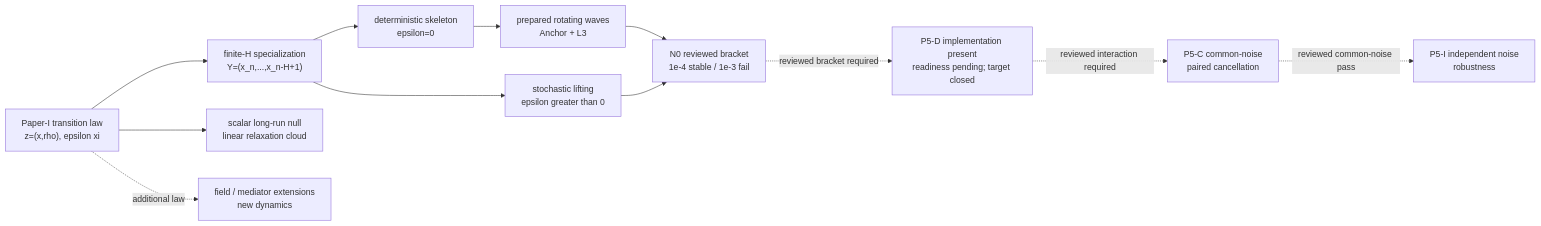
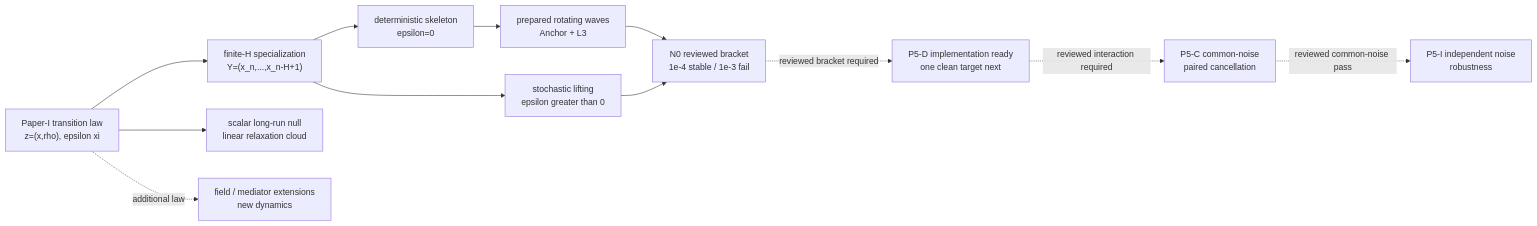
The seventh of 8 diagrams in docs/reference/repository_map.md (MemoryDynamics/Knoten), drawn with Mermaid before and after one commit. The commit also changed other lines of this file and 11 other files, not shown here.

Commit message:
docs: certify P5 target readiness

````diff
--- a/docs/reference/repository_map.md
+++ b/docs/reference/repository_map.md
@@ -348,23 +348,23 @@
 ```mermaid
 flowchart LR
     paperlaw["Paper-I transition law<br/>z=(x,rho), epsilon xi"]
     finiteh["finite-H specialization<br/>Y=(x_n,...,x_n-H+1)"]
     deterministic["deterministic skeleton<br/>epsilon=0"]
     stochastic["stochastic lifting<br/>epsilon greater than 0"]
     longrun["scalar long-run null<br/>linear relaxation cloud"]
     loops["prepared rotating waves<br/>Anchor + L3"]
     n0["N0 reviewed bracket<br/>1e-4 stable / 1e-3 fail"]
-    p5d["P5-D implementation present<br/>readiness pending; target closed"]
+    p5d["P5-D implementation ready<br/>one clean target next"]
     p5c["P5-C common-noise<br/>paired cancellation"]
     p5i["P5-I independent noise<br/>robustness"]
     fields["field / mediator extensions<br/>new dynamics"]
 
     paperlaw --> finiteh
     paperlaw --> longrun
     finiteh --> deterministic --> loops --> n0
     finiteh --> stochastic --> n0
     n0 -.reviewed bracket required.-> p5d
     p5d -.reviewed interaction required.-> p5c
     p5c -.reviewed common-noise pass.-> p5i
     paperlaw -.additional law.-> fields
 ```
````
